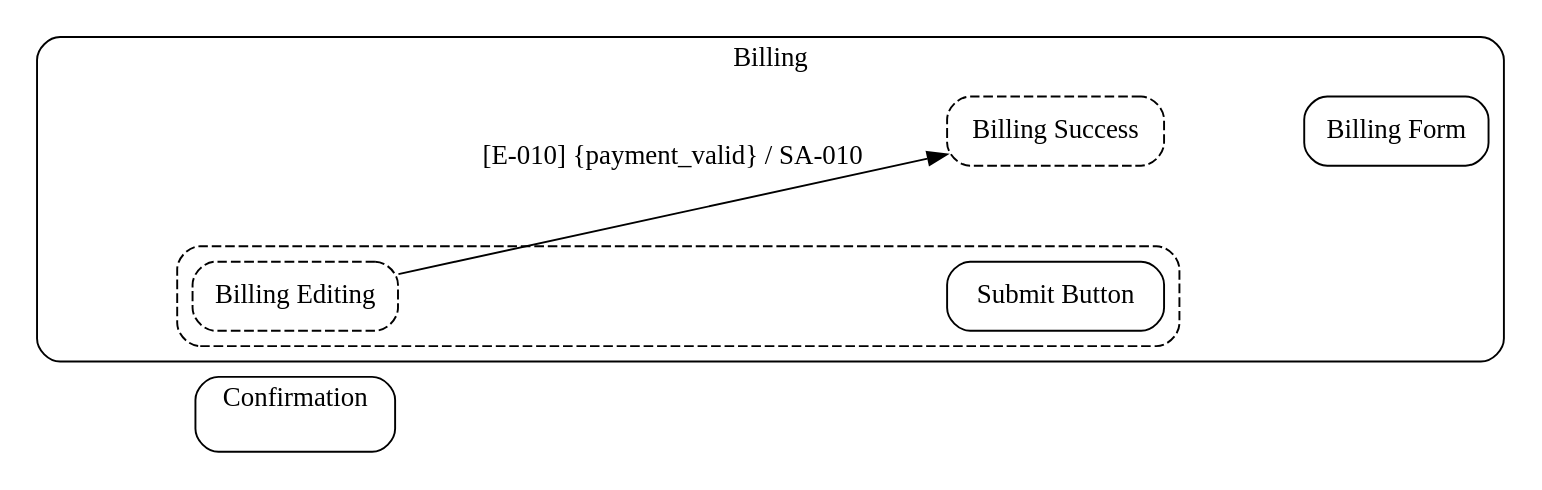
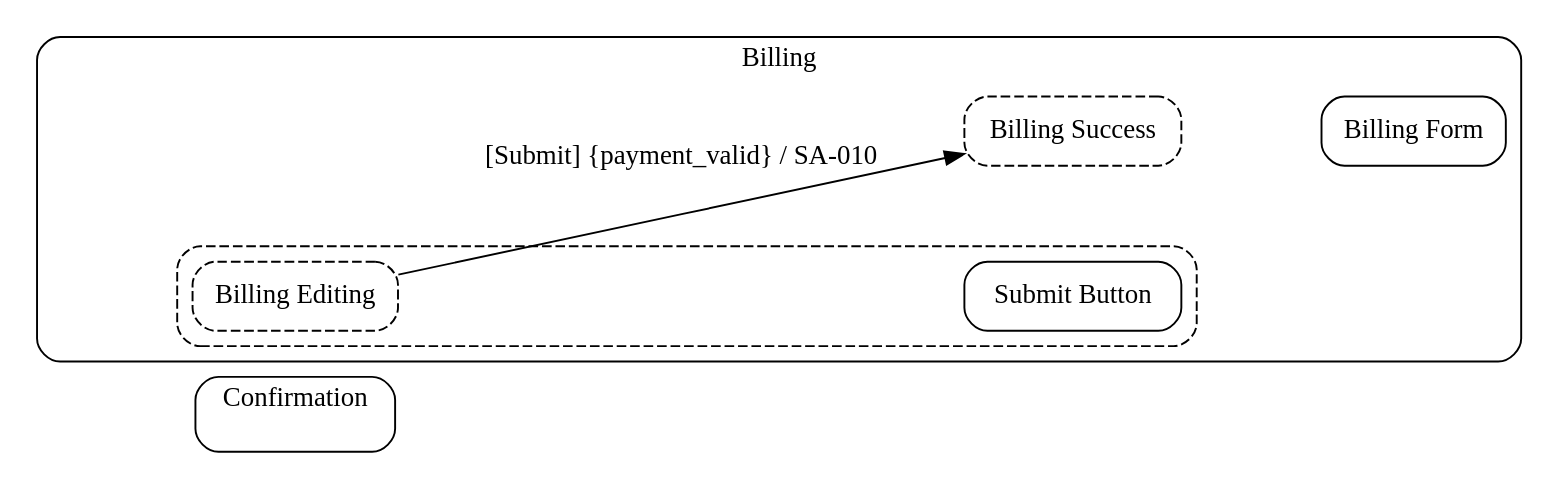
The diagram in examples/rendered/v0.1/ui_contracts_diagram_type/place_viewstate_transition_example/simple_profile/place_viewstate_transition.ui_contracts.dot (knutopia/Structured-Design-Documents), drawn with Graphviz before and after one commit. The commit also changed 32 other files, not shown here.

```diff
--- a/examples/rendered/v0.1/ui_contracts_diagram_type/place_viewstate_transition_example/simple_profile/place_viewstate_transition.ui_contracts.dot
+++ b/examples/rendered/v0.1/ui_contracts_diagram_type/place_viewstate_transition_example/simple_profile/place_viewstate_transition.ui_contracts.dot
@@ -1,26 +1,26 @@
 digraph ui_contracts {
   rankdir=LR;
   graph [fontname="Public Sans", compound=true, nodesep=0.7, ranksep=1.0];
   node [fontname="Public Sans"];
   edge [fontname="Public Sans"];
   subgraph cluster_P_010 {
     graph [label="Billing", style="rounded"];
     "P-010__anchor" [label="", shape="point", width=0, height=0, style="invis"];
     subgraph cluster_VS_010a {
       graph [label="", style="rounded,dashed"];
       "VS-010a" [shape="box", style="rounded,dashed", label="Billing Editing"];
       "C-011" [shape="box", style="rounded", label="Submit Button"];
     }
     "VS-010b" [shape="box", style="rounded,dashed", label="Billing Success"];
     "C-010" [shape="box", style="rounded", label="Billing Form"];
   }
   subgraph cluster_P_011 {
     graph [label="Confirmation", style="rounded"];
     "P-011__anchor" [label="", shape="point", width=0, height=0, style="invis"];
   }
   "P-010__anchor" -> "P-011__anchor" [style=invis, weight=100];
   "P-010__anchor" -> "VS-010a" [style=invis, weight=100];
   "VS-010b" -> "C-010" [style=invis, weight=100];
   "VS-010a" -> "C-011" [style=invis, weight=100];
-  "VS-010a" -> "VS-010b" [label="[E-010] {payment_valid} / SA-010", style="solid", weight=4];
+  "VS-010a" -> "VS-010b" [label="[Submit] {payment_valid} / SA-010", style="solid", weight=4];
 }
```
